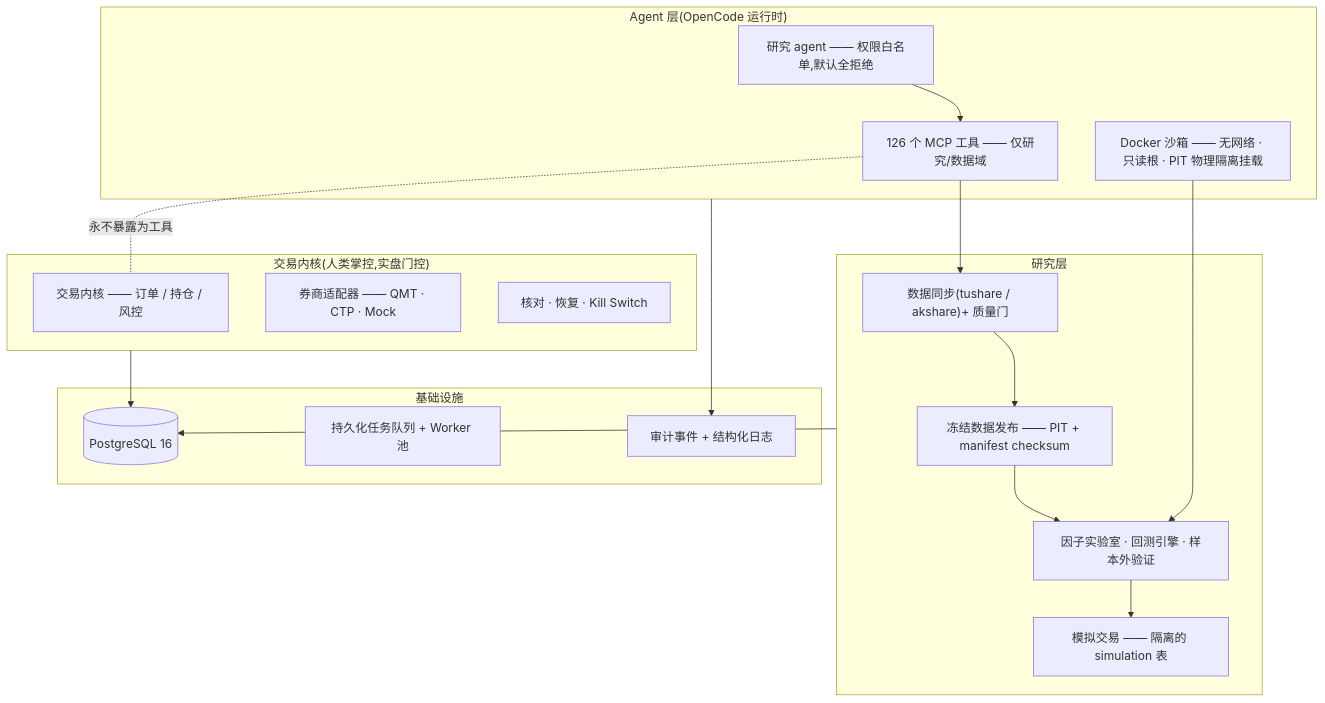
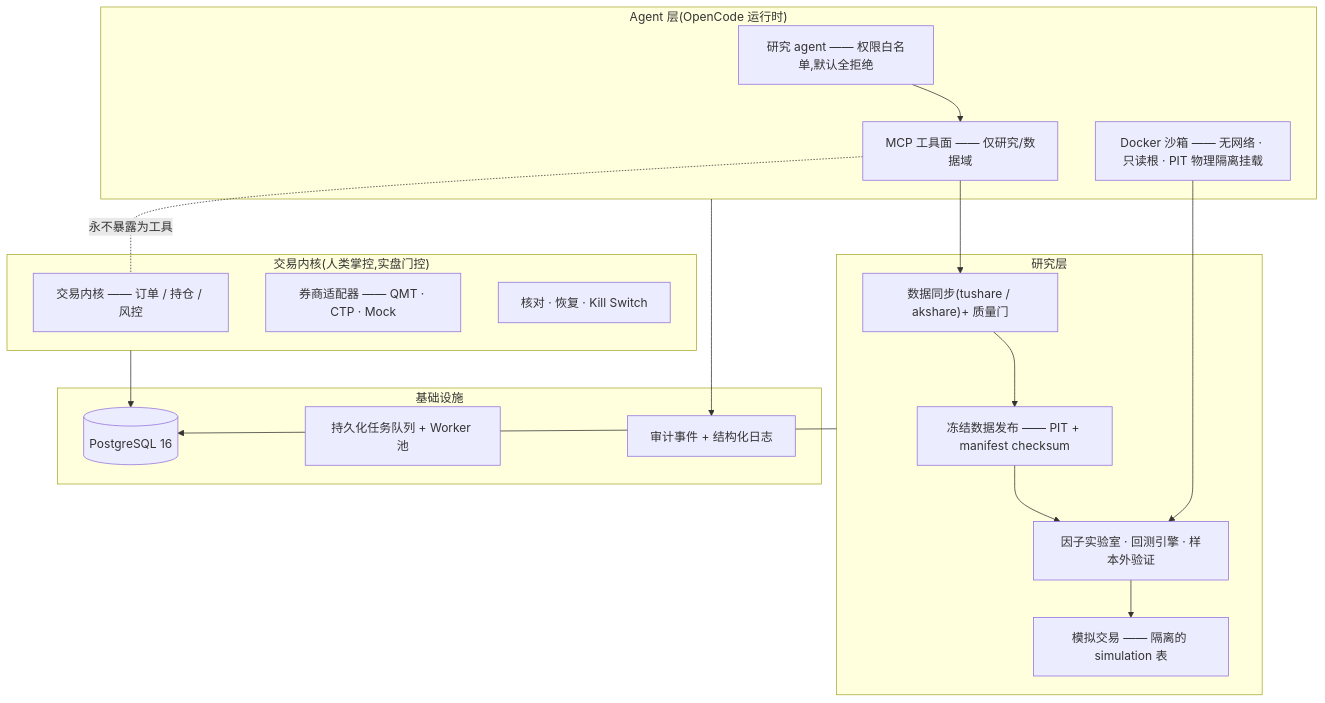
The diagram in README.md (Caspian-Lin/FinDashboard), drawn with Mermaid before and after one commit. The commit also changed other lines of this file and 19 other files, not shown here.

````diff
--- a/README.md
+++ b/README.md
@@ -26,32 +28,32 @@
 ```mermaid
 flowchart TB
     subgraph AGENT["Agent 层(OpenCode 运行时)"]
         A1["研究 agent —— 权限白名单,默认全拒绝"]
-        A2["126 个 MCP 工具 —— 仅研究/数据域"]
+        A2["MCP 工具面 —— 仅研究/数据域"]
         A3["Docker 沙箱 —— 无网络 · 只读根 · PIT 物理隔离挂载"]
     end
     subgraph RESEARCH["研究层"]
         R1["数据同步(tushare / akshare)+ 质量门"]
         R2["冻结数据发布 —— PIT + manifest checksum"]
         R3["因子实验室 · 回测引擎 · 样本外验证"]
         R4["模拟交易 —— 隔离的 simulation 表"]
     end
     subgraph TRADING["交易内核(人类掌控,实盘门控)"]
         T1["交易内核 —— 订单 / 持仓 / 风控"]
         T2["券商适配器 —— QMT · CTP · Mock"]
         T3["核对 · 恢复 · Kill Switch"]
     end
     subgraph INFRA["基础设施"]
         I1[("PostgreSQL 16")]
         I2["持久化任务队列 + Worker 池"]
         I3["审计事件 + 结构化日志"]
     end
     A1 --> A2
     A2 --> R1
     A3 --> R3
     R1 --> R2 --> R3 --> R4
     RESEARCH --> I1
     TRADING --> I1
     AGENT --> I3
     A2 -. "永不暴露为工具" .- T1
 ```
````
